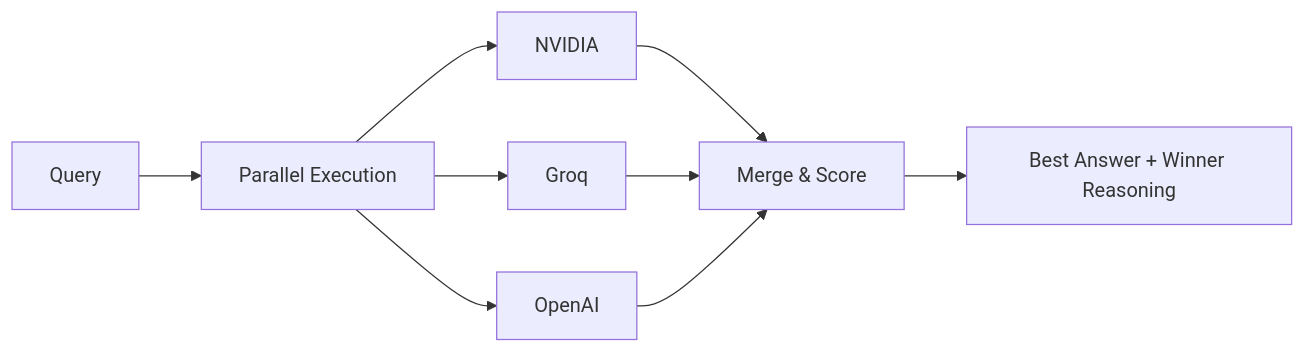
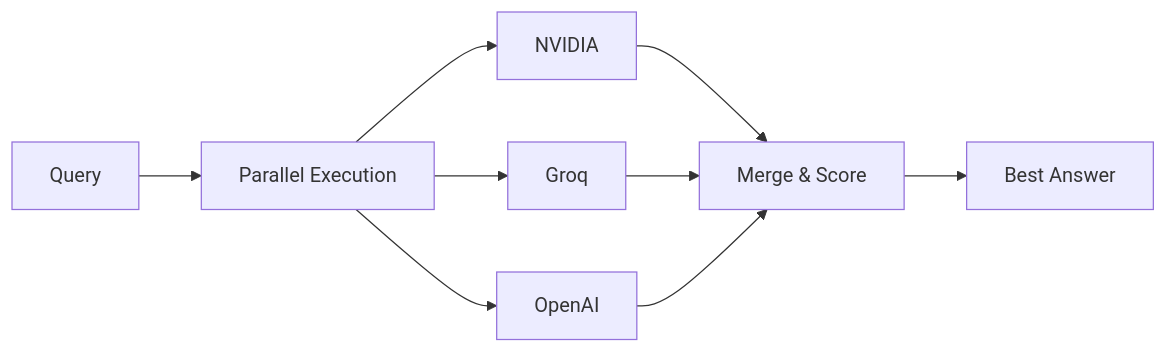
The diagram in README.md (Das-rebel/a3m-router), drawn with Mermaid before and after one commit. The commit also changed other lines of this file and 6 other files, not shown here.

````diff
--- a/README.md
+++ b/README.md
@@ -18,11 +91,11 @@
 ```mermaid
 graph LR
     Q[Query] --> P[Parallel Execution]
     P --> N[NVIDIA]
     P --> G[Groq]
     P --> O[OpenAI]
     N --> M[Merge & Score]
     G --> M
     O --> M
-    M --> R[Best Answer + Winner Reasoning]
+    M --> R[Best Answer]
 ```
````
